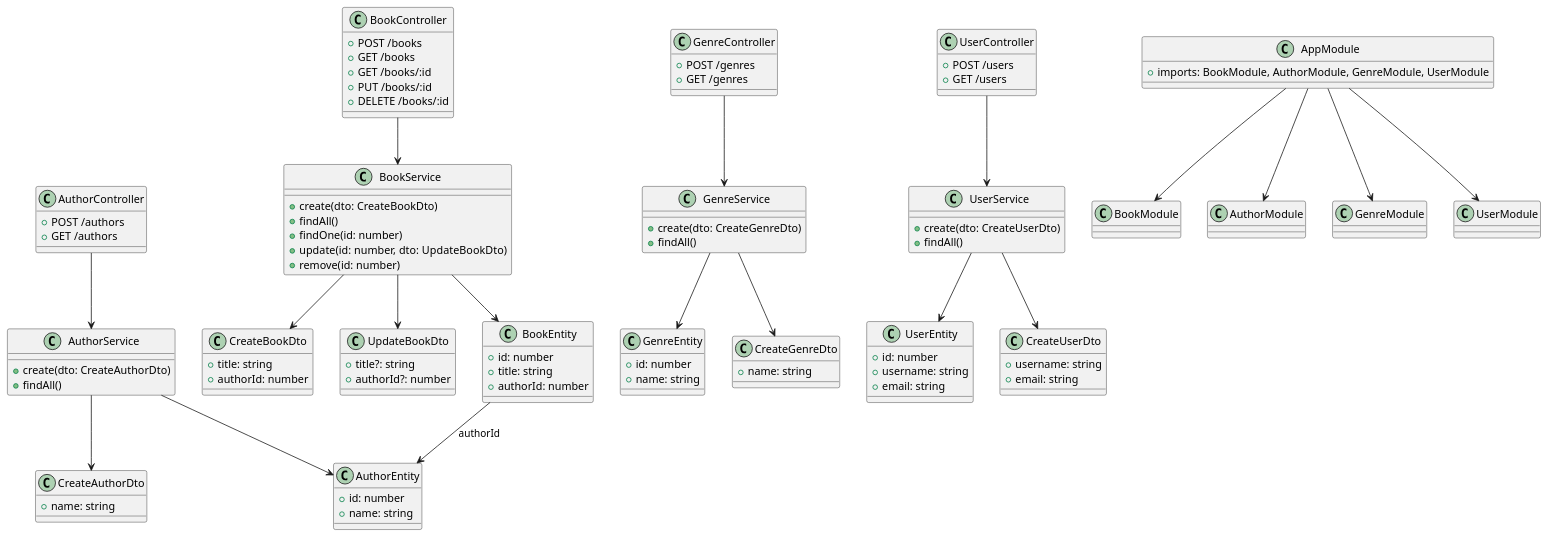
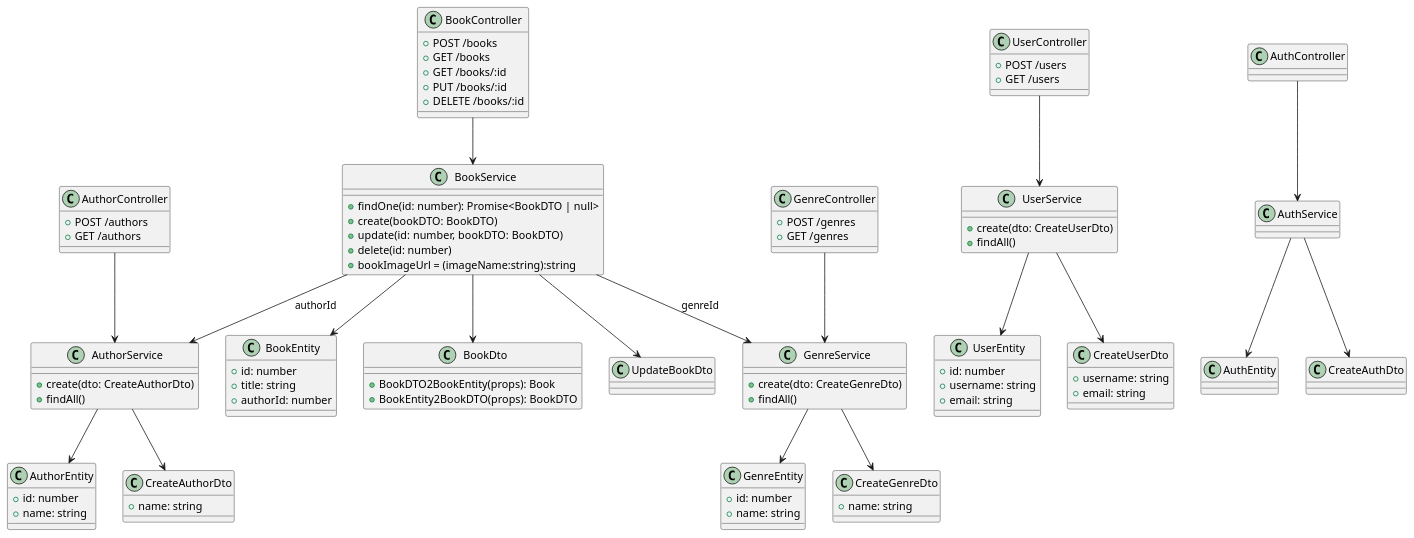
Before and after one commit to LucasFrey-tech/Biblioteca: the diagram in diagrama parcial testeo.puml, drawn with PlantUML. The commit also changed 3 other files, not shown here.

```diff
--- a/diagrama parcial testeo.puml
+++ b/diagrama parcial testeo.puml
@@ -1,174 +1,176 @@
 @startuml prueba
 
 '======================
 ' Entidades
 '======================
 
 class BookEntity {
   + id: number
   + title: string
   + authorId: number
 }
 
 class AuthorEntity {
   + id: number
   + name: string
 }
 
 class GenreEntity {
   + id: number
   + name: string
 }
 
 class UserEntity {
   + id: number
   + username: string
   + email: string
 }
 
 
 '======================
 ' DTOs
 '======================
 
-class CreateBookDto {
-  + title: string
-  + authorId: number
-}
-
-class UpdateBookDto {
-  + title?: string
-  + authorId?: number
+class BookDto {
+  + BookDTO2BookEntity(props): Book
+  + BookEntity2BookDTO(props): BookDTO
 }
 
 class CreateAuthorDto {
   + name: string
 }
 
 class CreateGenreDto {
   + name: string
 }
 
 class CreateUserDto {
   + username: string
   + email: string
 }
 
 
 '======================
 ' Services
 '======================
 
 class BookService {
-  + create(dto: CreateBookDto)
-  + findAll()
-  + findOne(id: number)
-  + update(id: number, dto: UpdateBookDto)
-  + remove(id: number)
+  + findOne(id: number): Promise<BookDTO | null>
+  + create(bookDTO: BookDTO)
+  + update(id: number, bookDTO: BookDTO)
+  + delete(id: number)
+  + bookImageUrl = (imageName:string):string
 }
 
 class AuthorService {
   + create(dto: CreateAuthorDto)
   + findAll()
 }
 
 class GenreService {
   + create(dto: CreateGenreDto)
   + findAll()
 }
 
 class UserService {
   + create(dto: CreateUserDto)
   + findAll()
 }
 
 
 '======================
 ' Controllers
 '======================
 
 class BookController {
   + POST /books
   + GET /books
   + GET /books/:id
   + PUT /books/:id
   + DELETE /books/:id
 }
 
 class AuthorController {
   + POST /authors
   + GET /authors
 }
 
 class GenreController {
   + POST /genres
   + GET /genres
 }
 
 class UserController {
   + POST /users
   + GET /users
 }
 
 '======================
 ' Parte con AppModule corto (faltan agregar mas imports y relaciones.).
 
-class AppModule {
-  + imports: BookModule, AuthorModule, GenreModule, UserModule
-}
+' class AppModule {
+'   + imports: BookModule, AuthorModule, GenreModule, UserModule
+' }
 
-AppModule --> BookModule
-AppModule --> AuthorModule
-AppModule --> GenreModule
-AppModule --> UserModule
-'======================
+' AppModule --> BookModule
+' AppModule --> AuthorModule
+' AppModule --> GenreModule
+' AppModule --> UserModule
+' '======================
 
 
 '======================
 ' Parte con AppModule completo.
 ' Como podemos apreciar el diagrama (y cuando probamos generar el png tambien) el diagrama queda dificil de leeer.
-/'
-class AppModule {
-    + imports: AuthModule, UsersModule, AuthorModule, BooksModule, BookReviewsModule, GenresModule, BookGenresModule, ShoppingCartModule, CatalogueBooksModule, PurchasesModule, LibraryBooksModule, BookContentModule
-}
 
-AppModule --> AuthModule
-AppModule --> UsersModule
-AppModule --> AuthorModule
-AppModule --> BooksModule
-AppModule --> BookReviewsModule
-AppModule --> GenresModule
-AppModule --> BookGenresModule
-AppModule --> ShoppingCartModule
-AppModule --> CatalogueBooksModule
-AppModule --> PurchasesModule
-AppModule --> LibraryBooksModule
-AppModule --> BookContentModule
-'/
+' class AppModule {
+'     + imports: AuthModule, UsersModule, AuthorModule, BooksModule, BookReviewsModule, GenresModule, BookGenresModule, ShoppingCartModule, CatalogueBooksModule, PurchasesModule, LibraryBooksModule, BookContentModule
+' }
+
+' AppModule --> AuthModule
+' AppModule --> UsersModule
+' AppModule --> AuthorModule
+' AppModule --> BooksModule
+' AppModule --> BookReviewsModule
+' AppModule --> GenresModule
+' AppModule --> BookGenresModule
+' AppModule --> ShoppingCartModule
+' AppModule --> CatalogueBooksModule
+' AppModule --> PurchasesModule
+' AppModule --> LibraryBooksModule
+' AppModule --> BookContentModule
+
 '======================
 
 
 '======================
 ' Relaciones
 '======================
 
 BookController --> BookService
 BookService --> BookEntity
-BookService --> CreateBookDto
+BookService --> BookDto
 BookService --> UpdateBookDto
 
 AuthorController --> AuthorService
 AuthorService --> AuthorEntity
 AuthorService --> CreateAuthorDto
 
 GenreController --> GenreService
 GenreService --> GenreEntity
 GenreService --> CreateGenreDto
 
 UserController --> UserService
 UserService --> UserEntity
 UserService --> CreateUserDto
 
-BookEntity --> AuthorEntity : authorId
+AuthController --> AuthService
+AuthService --> AuthEntity
+AuthService --> CreateAuthDto
+
+
+BookService --> GenreService : genreId
+BookService --> AuthorService : authorId
+
 
 @enduml
```
